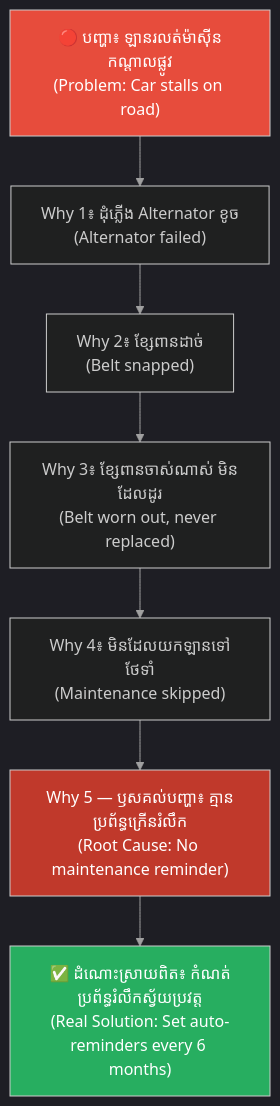
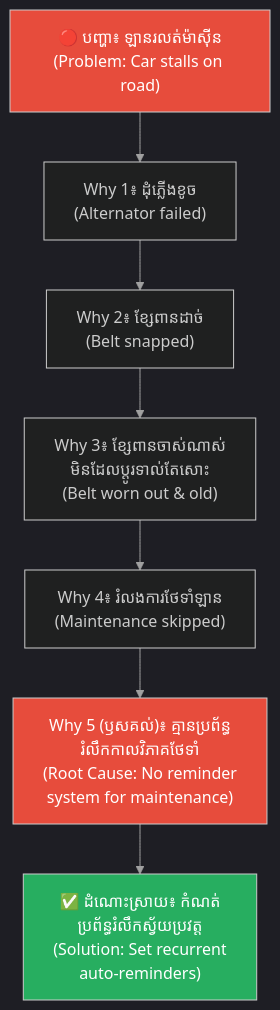
Before and after one commit to iblogger855/iblogger-feeds: the second of 8 diagrams in feeds/concepts/articles/02-five-whys-technique.md, drawn with Mermaid. The commit also changed other lines of this file, not shown here.

Commit message:
docs: improve 02-five-whys-technique.md content layout and diagram styling

````diff
--- a/feeds/concepts/articles/02-five-whys-technique.md
+++ b/feeds/concepts/articles/02-five-whys-technique.md
@@ -168,22 +170,22 @@
 ```mermaid
 %%{init: {
   'theme': 'dark',
   'themeVariables': {
     'background': '#1e1e1e',
     'primaryTextColor': '#ffffff',
     'lineColor': '#a0a0a0'
   },
   'themeCSS': 'svg { background-color: #1e1e1e !important; padding: 1rem !important; border-radius: 8px !important; } .edgeLabel rect { fill: #1e1e1e !important; } text, tspan { fill: #ffffff !important; }'
 }}%%
 graph TD
-    A["🔴 បញ្ហា៖ ឡានរលត់ម៉ាស៊ីនកណ្តាលផ្លូវ<br/>(Problem: Car stalls on road)"] --> B["Why 1៖ ដុំភ្លើង Alternator ខូច<br/>(Alternator failed)"]
+    A["🔴 បញ្ហា៖ ឡានរលត់ម៉ាស៊ីន<br/>(Problem: Car stalls on road)"] --> B["Why 1៖ ដុំភ្លើងខូច<br/>(Alternator failed)"]
     B --> C["Why 2៖ ខ្សែពានដាច់<br/>(Belt snapped)"]
-    C --> D["Why 3៖ ខ្សែពានចាស់ណាស់ មិនដែលដូរ<br/>(Belt worn out, never replaced)"]
-    D --> E["Why 4៖ មិនដែលយកឡានទៅថែទាំ<br/>(Maintenance skipped)"]
-    E --> F["Why 5 — ឫសគល់បញ្ហា៖ គ្មានប្រព័ន្ធក្រើនរំលឹក<br/>(Root Cause: No maintenance reminder)"]
-    F --> G["✅ ដំណោះស្រាយពិត៖ កំណត់ប្រព័ន្ធរំលឹកស្វ័យប្រវត្ត<br/>(Real Solution: Set auto-reminders every 6 months)"]
+    C --> D["Why 3៖ ខ្សែពានចាស់ណាស់<br/>មិនដែលប្តូរទាល់តែសោះ<br/>(Belt worn out & old)"]
+    D --> E["Why 4៖ រំលងការថែទាំឡាន<br/>(Maintenance skipped)"]
+    E --> F["Why 5 (ឫសគល់)៖ គ្មានប្រព័ន្ធ<br/>រំលឹកកាលវិភាគថែទាំ<br/>(Root Cause: No reminder<br/>system for maintenance)"]
+    F --> G["✅ ដំណោះស្រាយ៖ កំណត់<br/>ប្រព័ន្ធរំលឹកស្វ័យប្រវត្ត<br/>(Solution: Set recurrent<br/>auto-reminders)"]
 
     style A fill:#e74c3c,color:#fff
-    style F fill:#c0392b,color:#fff
+    style F fill:#e74c3c,color:#fff
     style G fill:#27ae60,color:#fff
 ```
````
